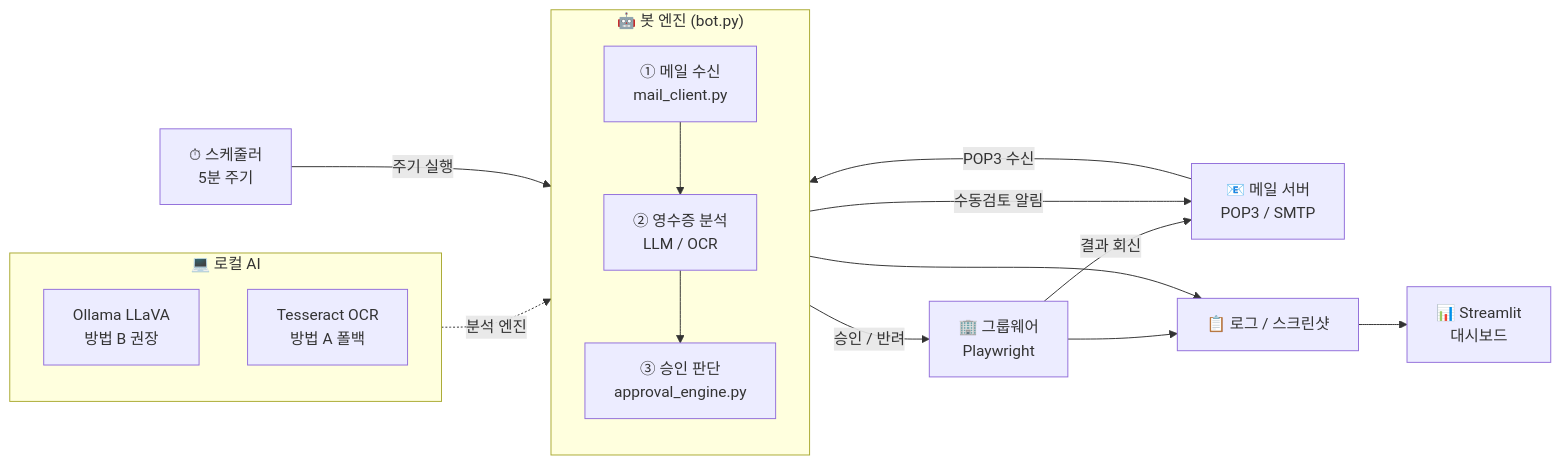
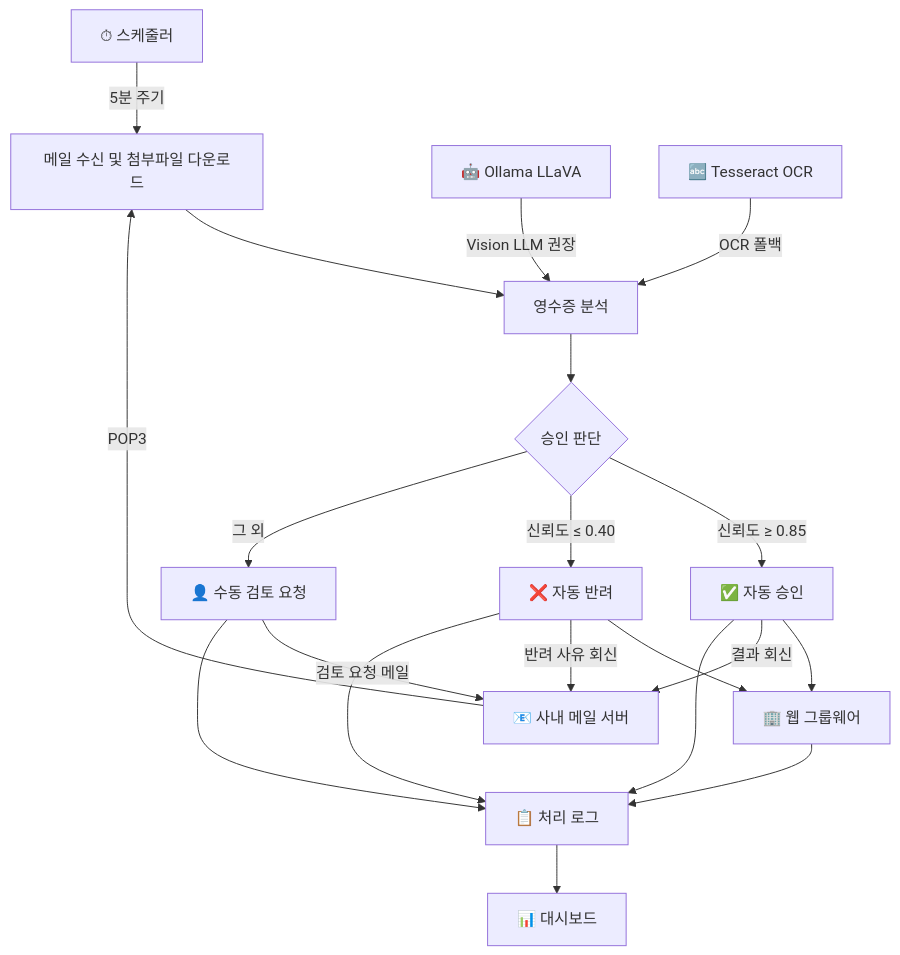
The diagram in README.md (chanwookkim79/receipt-check), drawn with Mermaid before and after one commit.

Commit message:
docs: Mermaid 아키텍처 다이어그램 가독성 개선

````diff
--- a/README.md
+++ b/README.md
@@ -57,33 +57,36 @@
 ```mermaid
-flowchart LR
-    MAIL["📧 메일 서버\nPOP3 / SMTP"]
+flowchart TD
+    SCHED[⏱ 스케줄러]
+    MAIL[📧 사내 메일 서버]
+    FETCH[메일 수신 및 첨부파일 다운로드]
+    LLM[🤖 Ollama LLaVA]
+    OCR[🔤 Tesseract OCR]
+    ANALYZE[영수증 분석]
+    JUDGE{승인 판단}
+    APPROVE[✅ 자동 승인]
+    REJECT[❌ 자동 반려]
+    MANUAL[👤 수동 검토 요청]
+    GW[🏢 웹 그룹웨어]
+    LOG[📋 처리 로그]
+    DASH[📊 대시보드]
 
-    subgraph BOT["🤖 봇 엔진 (bot.py)"]
-        direction TB
-        A["① 메일 수신\nmail_client.py"]
-        B["② 영수증 분석\nLLM / OCR"]
-        C["③ 승인 판단\napproval_engine.py"]
-        A --> B --> C
-    end
-
-    subgraph AI["💻 로컬 AI"]
-        direction TB
-        LLM["Ollama LLaVA\n방법 B 권장"]
-        OCR["Tesseract OCR\n방법 A 폴백"]
-    end
-
-    GW["🏢 그룹웨어\nPlaywright"]
-    LOG["📋 로그 / 스크린샷"]
-    DASH["📊 Streamlit\n대시보드"]
-    SCHED["⏱ 스케줄러\n5분 주기"]
-
-    MAIL -- "POP3 수신" --> A
-    AI -. "분석 엔진" .-> B
-    C -- "승인 / 반려" --> GW
-    C -- "수동검토 알림" --> MAIL
-    GW -- "결과 회신" --> MAIL
-    C --> LOG
+    SCHED -->|5분 주기| FETCH
+    MAIL -->|POP3| FETCH
+    FETCH --> ANALYZE
+    LLM -->|Vision LLM 권장| ANALYZE
+    OCR -->|OCR 폴백| ANALYZE
+    ANALYZE --> JUDGE
+    JUDGE -->|신뢰도 ≥ 0.85| APPROVE
+    JUDGE -->|신뢰도 ≤ 0.40| REJECT
+    JUDGE -->|그 외| MANUAL
+    APPROVE --> GW
+    REJECT --> GW
+    APPROVE -->|결과 회신| MAIL
+    REJECT -->|반려 사유 회신| MAIL
+    MANUAL -->|검토 요청 메일| MAIL
     GW --> LOG
+    APPROVE --> LOG
+    REJECT --> LOG
+    MANUAL --> LOG
     LOG --> DASH
-    SCHED -- "주기 실행" --> BOT
 ```
````
